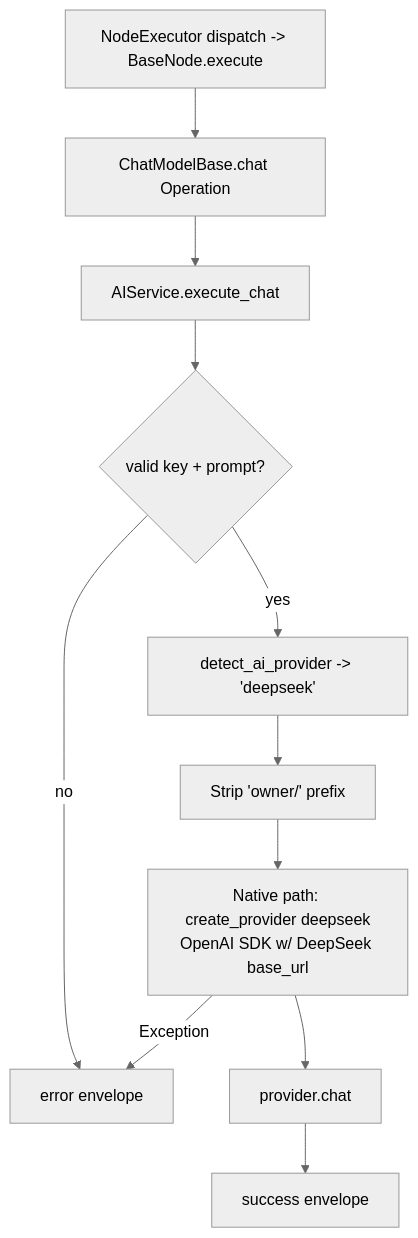
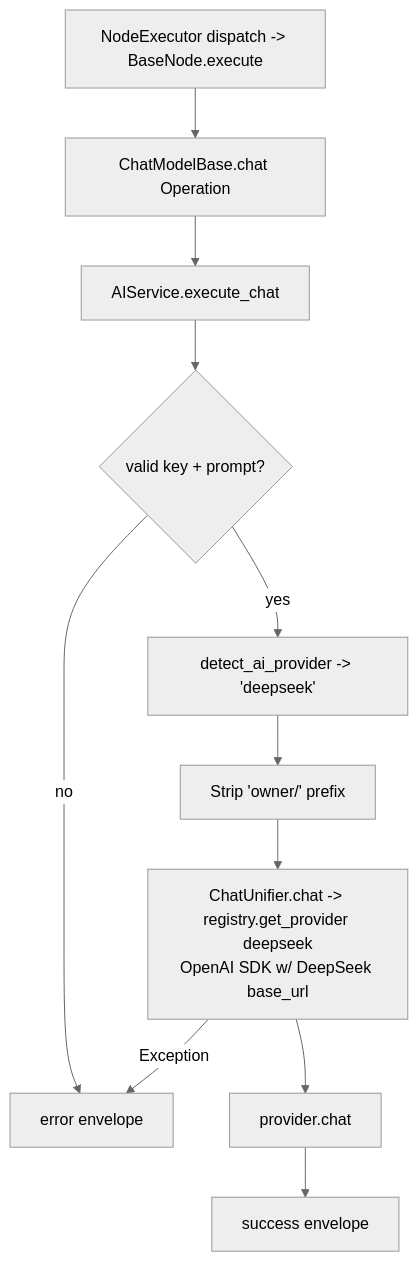
One commit to zeenie-ai/OpenCompany changed the diagram in docs-internal/node-logic-flows/ai_chat_models/deepseekChatModel.md. Above: the diagram before and after it, drawn with Mermaid (neutral theme). The commit also changed 39 other files, not shown here.

````diff
--- a/docs-internal/node-logic-flows/ai_chat_models/deepseekChatModel.md
+++ b/docs-internal/node-logic-flows/ai_chat_models/deepseekChatModel.md
@@ -61,13 +61,13 @@
 ```mermaid
 flowchart TD
   A[NodeExecutor dispatch -> BaseNode.execute] --> B[ChatModelBase.chat Operation]
   B --> C[AIService.execute_chat]
   C --> D{valid key + prompt?}
   D -- no --> X[error envelope]
   D -- yes --> E[detect_ai_provider -> 'deepseek']
   E --> F[Strip 'owner/' prefix]
-  F --> G[Native path: create_provider deepseek<br/>OpenAI SDK w/ DeepSeek base_url]
+  F --> G[ChatUnifier.chat -> registry.get_provider deepseek<br/>OpenAI SDK w/ DeepSeek base_url]
   G --> H[provider.chat]
   H --> I[success envelope]
   G -- Exception --> X
 ```
````
